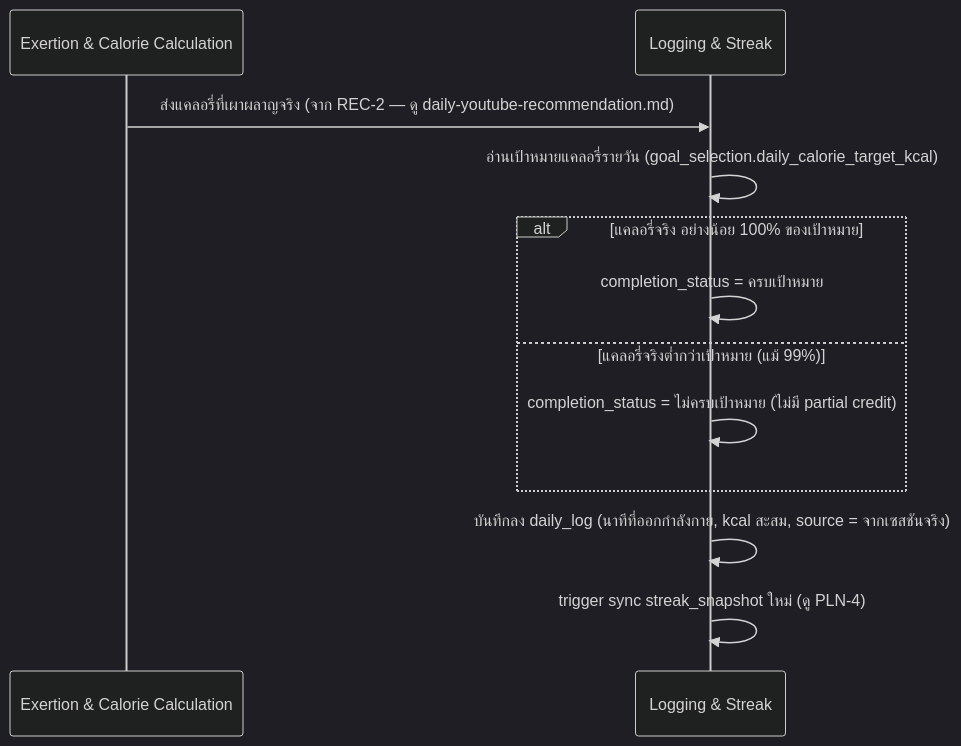
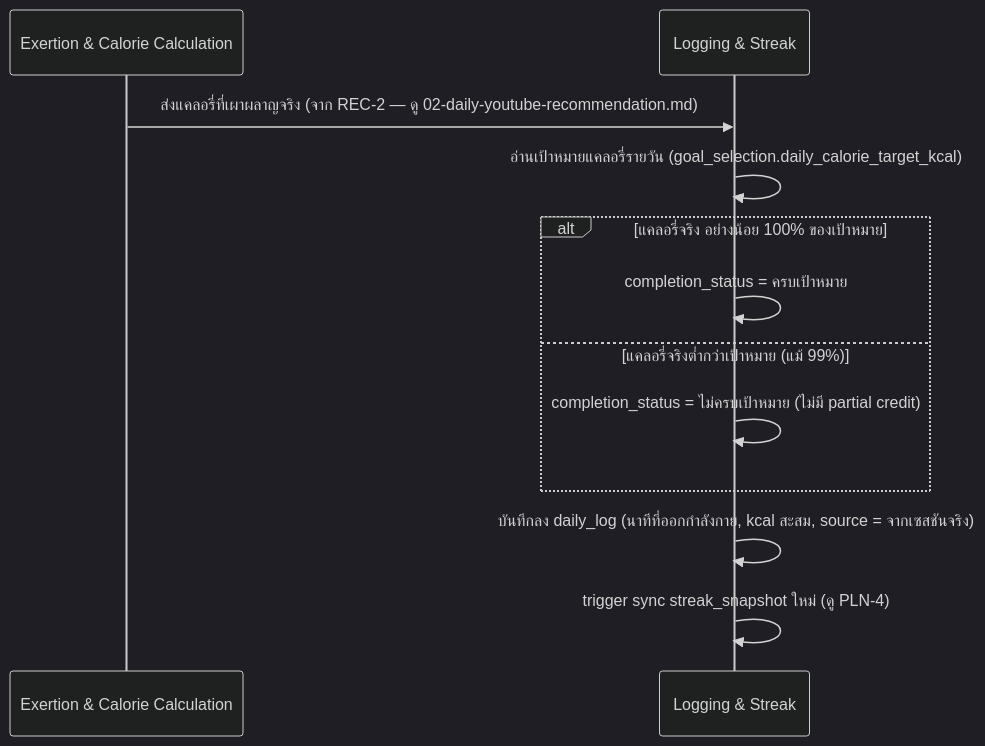
The third of 4 diagrams in docs/02-design/02-technical/detailed-design/03-planner-logging.md (Kikofah/smartFit_daily), drawn with Mermaid (dark theme) before and after one commit. The commit also changed 4 other files, not shown here.

````diff
--- a/docs/02-design/02-technical/detailed-design/03-planner-logging.md
+++ b/docs/02-design/02-technical/detailed-design/03-planner-logging.md
@@ -92,14 +92,14 @@
 ```mermaid
 sequenceDiagram
     participant EC as Exertion & Calorie Calculation
     participant LS as Logging & Streak
-    EC->>LS: ส่งแคลอรี่ที่เผาผลาญจริง (จาก REC-2 — ดู daily-youtube-recommendation.md)
+    EC->>LS: ส่งแคลอรี่ที่เผาผลาญจริง (จาก REC-2 — ดู 02-daily-youtube-recommendation.md)
     LS->>LS: อ่านเป้าหมายแคลอรี่รายวัน (goal_selection.daily_calorie_target_kcal)
     alt แคลอรี่จริง อย่างน้อย 100% ของเป้าหมาย
         LS->>LS: completion_status = ครบเป้าหมาย
     else แคลอรี่จริงต่ำกว่าเป้าหมาย (แม้ 99%)
         LS->>LS: completion_status = ไม่ครบเป้าหมาย (ไม่มี partial credit)
     end
     LS->>LS: บันทึกลง daily_log (นาทีที่ออกกำลังกาย, kcal สะสม, source = จากเซสชันจริง)
     LS->>LS: trigger sync streak_snapshot ใหม่ (ดู PLN-4)
 ```
````
